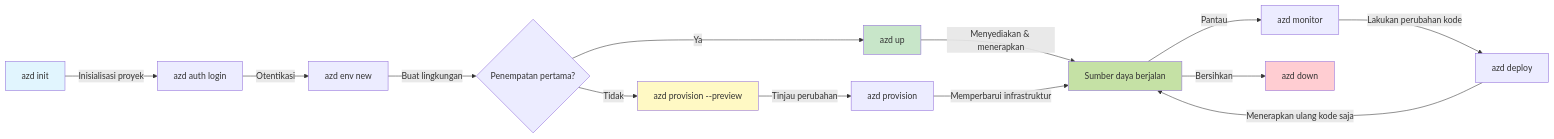
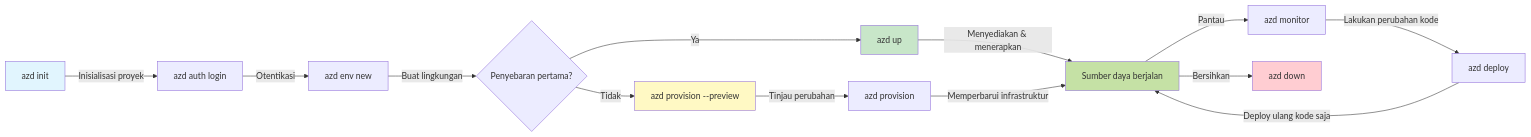
One commit to microsoft/AZD-for-beginners changed the first of 2 diagrams in translations/id/docs/chapter-01-foundation/azd-basics.md. Above: the diagram before and after it, drawn with Mermaid. The commit also changed other lines of this file and 101 other files, not shown here.

````diff
--- a/translations/id/docs/chapter-01-foundation/azd-basics.md
+++ b/translations/id/docs/chapter-01-foundation/azd-basics.md
@@ -254,21 +269,21 @@
 ```mermaid
 graph LR
     A[azd init] -->|Inisialisasi proyek| B[azd auth login]
     B -->|Otentikasi| C[azd env new]
-    C -->|Buat lingkungan| D{Penempatan pertama?}
+    C -->|Buat lingkungan| D{Penyebaran pertama?}
     D -->|Ya| E[azd up]
     D -->|Tidak| F[azd provision --preview]
     F -->|Tinjau perubahan| G[azd provision]
     E -->|Menyediakan & menerapkan| H[Sumber daya berjalan]
     G -->|Memperbarui infrastruktur| H
     H -->|Pantau| I[azd monitor]
     I -->|Lakukan perubahan kode| J[azd deploy]
-    J -->|Menerapkan ulang kode saja| H
+    J -->|Deploy ulang kode saja| H
     H -->|Bersihkan| K[azd down]
     
     style A fill:#e1f5fe
     style E fill:#c8e6c9
     style F fill:#fff9c4
     style H fill:#c5e1a5
     style K fill:#ffcdd2
 ```
````
